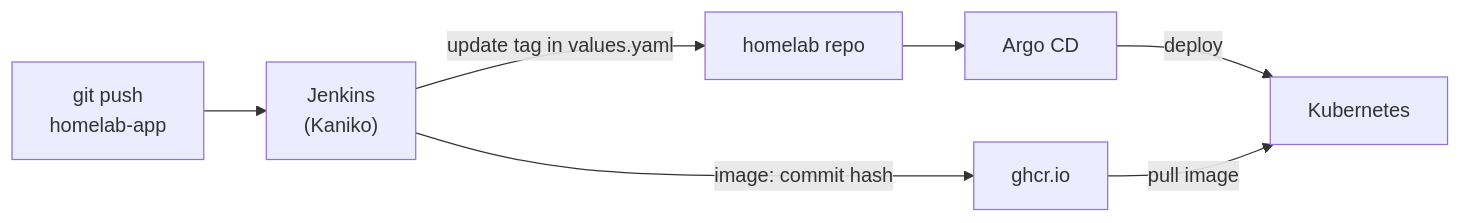
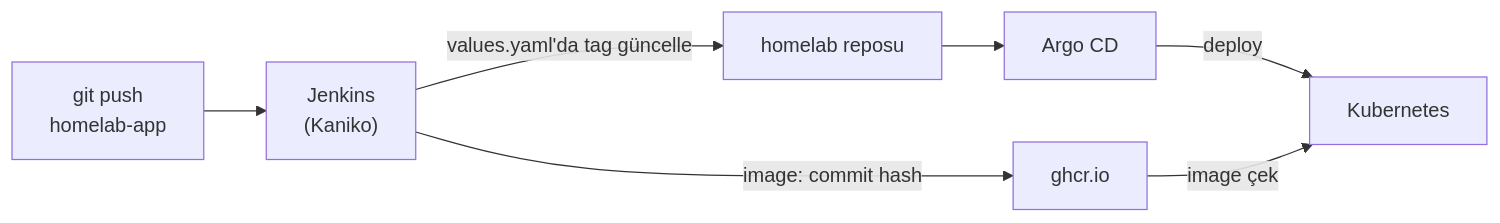
The diagram in README.tr.md (umuttvar/homelab), drawn with Mermaid before and after one commit. The commit also changed other lines of this file, not shown here.

````diff
--- a/README.tr.md
+++ b/README.tr.md
@@ -15,9 +15,9 @@
 ```mermaid
 flowchart LR
     dev["git push<br/>homelab-app"] --> jenkins["Jenkins<br/>(Kaniko)"]
     jenkins -->|"image: commit hash"| ghcr["ghcr.io"]
-    jenkins -->|"update tag in values.yaml"| repo["homelab repo"]
+    jenkins -->|"values.yaml'da tag güncelle"| repo["homelab reposu"]
     repo --> argo["Argo CD"]
     argo -->|"deploy"| k8s["Kubernetes"]
-    ghcr -->|"pull image"| k8s
+    ghcr -->|"image çek"| k8s
 ```
````
